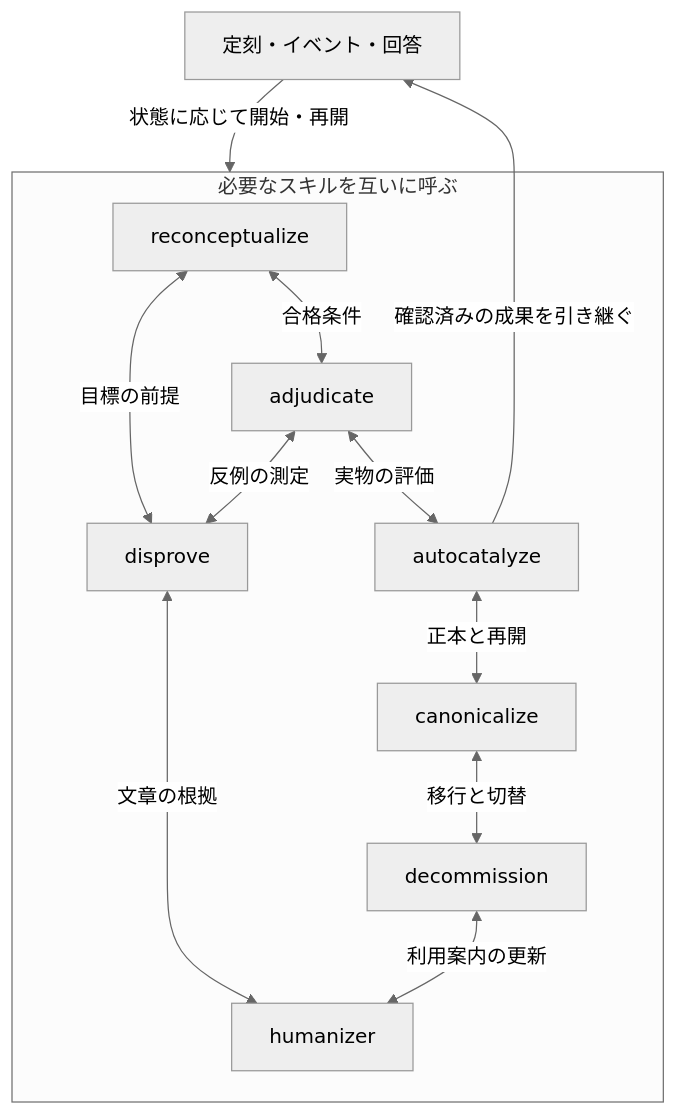
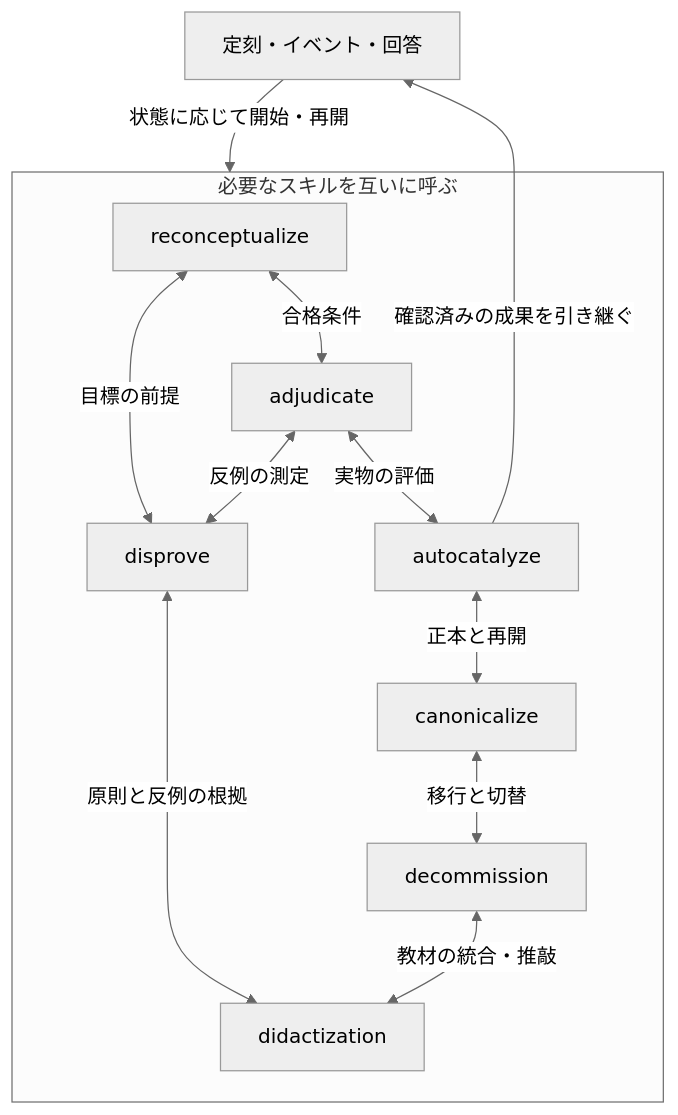
The diagram in README.md (KAFKA2306/kafstyler), drawn with Mermaid (neutral theme) before and after one commit. The commit also changed other lines of this file and 9 other files, not shown here.

Commit message:
refactor: rename humanizer to didactization and rebuild editorial skill

````diff
--- a/README.md
+++ b/README.md
@@ -58,18 +58,18 @@
 ```mermaid
 flowchart TD
     accTitle: Kafstylerの7スキルの相互呼び出し
     accDescr: 各スキルは条件に応じて互いを呼ぶ。両矢印は呼び出しの例で、確認した成果は次の起動へ引き継ぐ。
     trigger["定刻・イベント・回答"]
     subgraph work["必要なスキルを互いに呼ぶ"]
         goal["reconceptualize"] <-->|"合格条件"| judge["adjudicate"]
         goal <-->|"目標の前提"| proof["disprove"]
         judge <-->|"反例の測定"| proof
-        proof <-->|"文章の根拠"| edit["humanizer"]
+        proof <-->|"原則と反例の根拠"| edit["didactization"]
         judge <-->|"実物の評価"| run["autocatalyze"]
         run <-->|"正本と再開"| canon["canonicalize"]
         canon <-->|"移行と切替"| retire["decommission"]
-        retire <-->|"利用案内の更新"| edit
+        retire <-->|"教材の統合・推敲"| edit
     end
     trigger -->|"状態に応じて開始・再開"| work
     run -->|"確認済みの成果を引き継ぐ"| trigger
 ```
````
